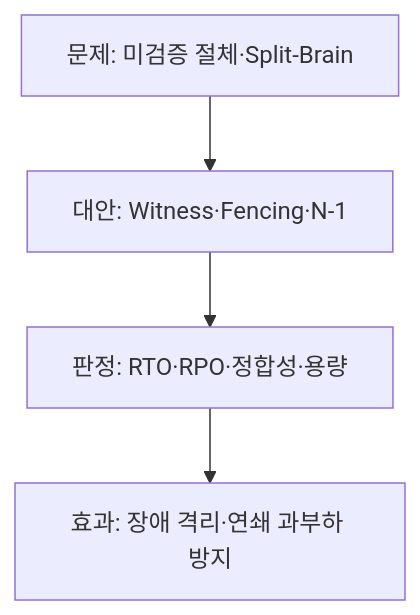
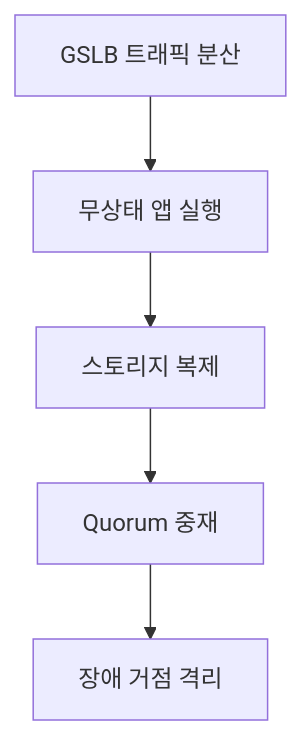
The third of 3 diagrams in src/content/docs/notes/itpe/01-it-strategy/027_active_active_storage_dr.md (agnusdei1207/study), drawn with Mermaid before and after one commit. The commit also changed other lines of this file and 19 other files, not shown here.

````diff
--- a/src/content/docs/notes/itpe/01-it-strategy/027_active_active_storage_dr.md
+++ b/src/content/docs/notes/itpe/01-it-strategy/027_active_active_storage_dr.md
@@ -126,6 +135,7 @@
 ```mermaid
 flowchart TD
-    A["문제: 미검증 절체·Split-Brain"] --> B["대안: Witness·Fencing·N-1"]
-    B --> C["판정: RTO·RPO·정합성·용량"]
-    C --> D["효과: 장애 격리·연쇄 과부하 방지"]
+    A["GSLB 트래픽 분산"] --> B["무상태 앱 실행"]
+    B --> C["스토리지 복제"]
+    C --> D["Quorum 중재"]
+    D --> E["장애 거점 격리"]
 ```
````
